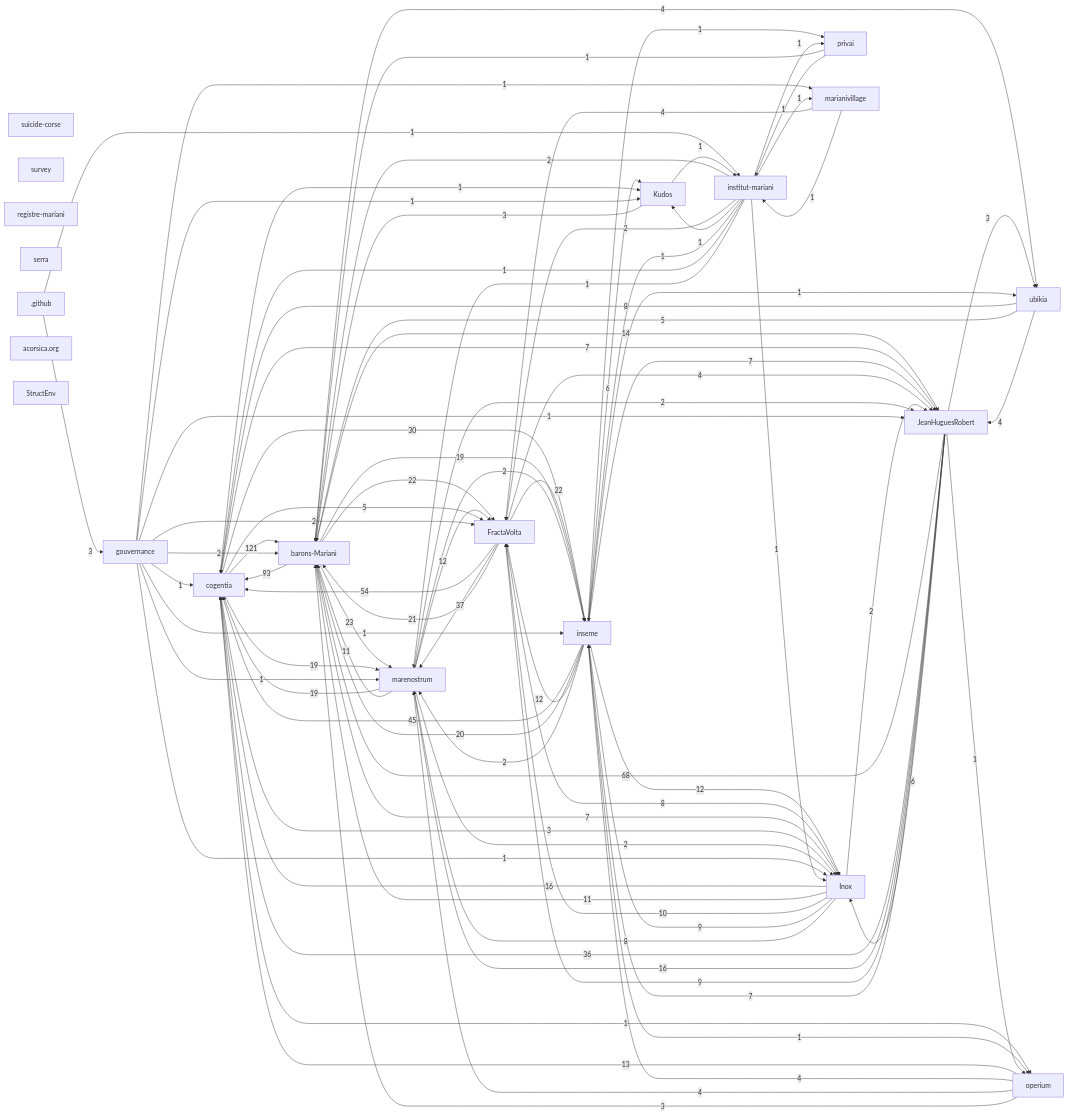
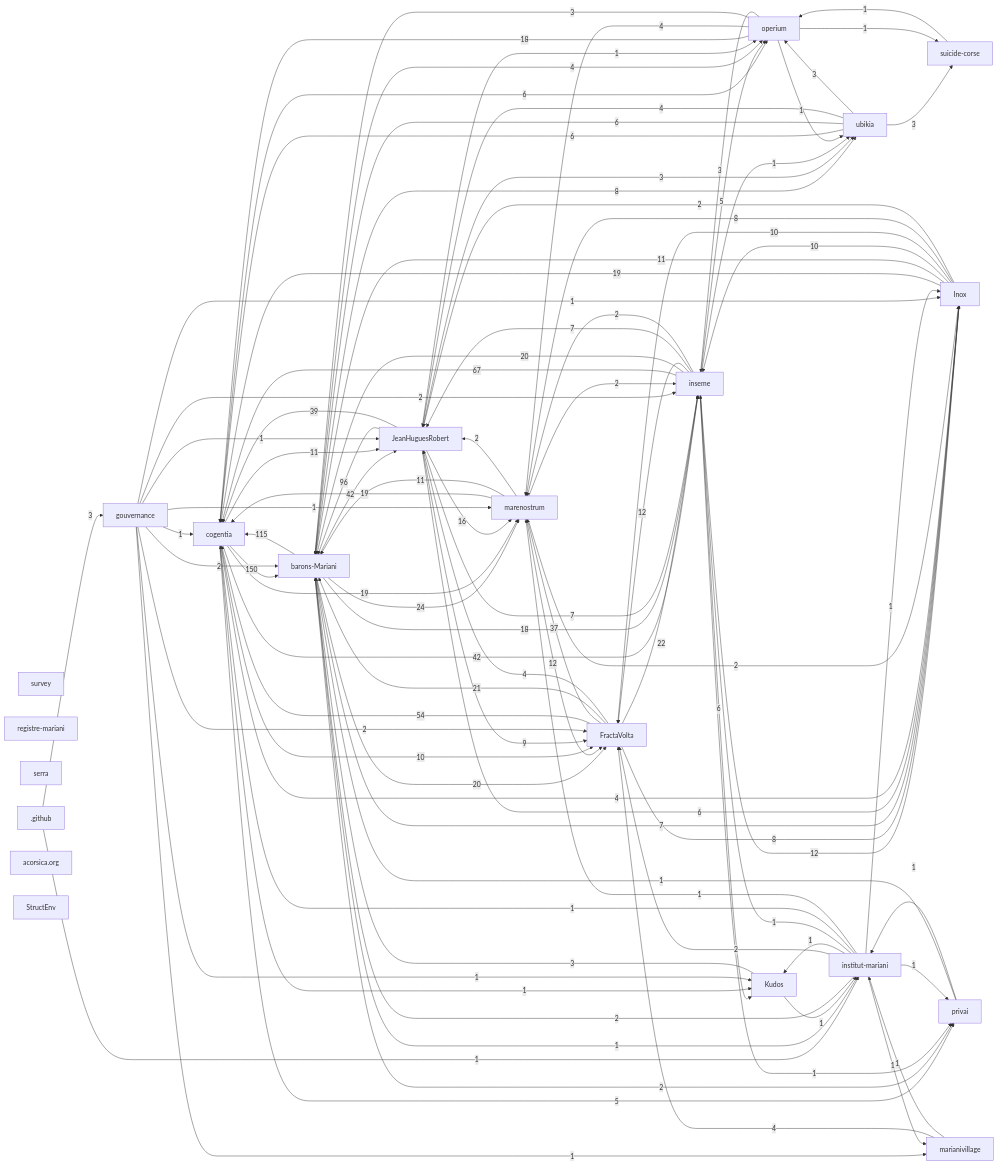
The first of 2 diagrams in research/corpus-status.md (JeanHuguesRobert/marenostrum), drawn with Mermaid before and after one commit. The commit also changed other lines of this file, not shown here.

Commit message:
docs(corpus): refresh status projection

````diff
--- a/research/corpus-status.md
+++ b/research/corpus-status.md
@@ -88,56 +88,64 @@
   r_github[".github"]
   r_acorsica_org["acorsica.org"]
   r_structenv["StructEnv"]
-  r_cogentia -->|121| r_barons_mariani
-  r_barons_mariani -->|93| r_cogentia
-  r_jeanhuguesrobert -->|68| r_barons_mariani
+  r_cogentia -->|150| r_barons_mariani
+  r_barons_mariani -->|115| r_cogentia
+  r_jeanhuguesrobert -->|96| r_barons_mariani
+  r_inseme -->|67| r_cogentia
   r_fractavolta -->|54| r_cogentia
-  r_inseme -->|45| r_cogentia
+  r_barons_mariani -->|42| r_jeanhuguesrobert
+  r_cogentia -->|42| r_inseme
+  r_jeanhuguesrobert -->|39| r_cogentia
   r_fractavolta -->|37| r_marenostrum
-  r_jeanhuguesrobert -->|36| r_cogentia
-  r_cogentia -->|30| r_inseme
-  r_barons_mariani -->|23| r_marenostrum
-  r_barons_mariani -->|22| r_fractavolta
+  r_barons_mariani -->|24| r_marenostrum
   r_fractavolta -->|22| r_inseme
   r_fractavolta -->|21| r_barons_mariani
+  r_barons_mariani -->|20| r_fractavolta
   r_inseme -->|20| r_barons_mariani
-  r_barons_mariani -->|19| r_inseme
   r_cogentia -->|19| r_marenostrum
+  r_inox -->|19| r_cogentia
   r_marenostrum -->|19| r_cogentia
-  r_inox -->|16| r_cogentia
+  r_barons_mariani -->|18| r_inseme
+  r_operium -->|18| r_cogentia
   r_jeanhuguesrobert -->|16| r_marenostrum
-  r_barons_mariani -->|14| r_jeanhuguesrobert
-  r_operium -->|13| r_cogentia
   r_inseme -->|12| r_fractavolta
   r_inseme -->|12| r_inox
   r_marenostrum -->|12| r_fractavolta
+  r_cogentia -->|11| r_jeanhuguesrobert
   r_inox -->|11| r_barons_mariani
   r_marenostrum -->|11| r_barons_mariani
+  r_cogentia -->|10| r_fractavolta
+  r_inox -->|10| r_inseme
   r_inox -->|10| r_fractavolta
-  r_inox -->|9| r_inseme
   r_jeanhuguesrobert -->|9| r_fractavolta
+  r_barons_mariani -->|8| r_ubikia
   r_fractavolta -->|8| r_inox
   r_inox -->|8| r_marenostrum
-  r_ubikia -->|8| r_cogentia
   r_barons_mariani -->|7| r_inox
-  r_cogentia -->|7| r_jeanhuguesrobert
   r_inseme -->|7| r_jeanhuguesrobert
   r_jeanhuguesrobert -->|7| r_inseme
+  r_cogentia -->|6| r_operium
   r_inseme -->|6| r_kudos
   r_jeanhuguesrobert -->|6| r_inox
-  r_cogentia -->|5| r_fractavolta
-  r_ubikia -->|5| r_barons_mariani
-  r_barons_mariani -->|4| r_ubikia
+  r_ubikia -->|6| r_cogentia
+  r_ubikia -->|6| r_barons_mariani
+  r_cogentia -->|5| r_privai
+  r_inseme -->|5| r_operium
+  r_barons_mariani -->|4| r_operium
+  r_cogentia -->|4| r_inox
   r_fractavolta -->|4| r_jeanhuguesrobert
   r_marianivillage -->|4| r_fractavolta
-  r_operium -->|4| r_inseme
   r_operium -->|4| r_marenostrum
   r_ubikia -->|4| r_jeanhuguesrobert
   r_github -->|3| r_gouvernance
-  r_cogentia -->|3| r_inox
   r_jeanhuguesrobert -->|3| r_ubikia
   r_kudos -->|3| r_barons_mariani
   r_operium -->|3| r_barons_mariani
+  r_operium -->|3| r_inseme
+  r_ubikia -->|3| r_suicide_corse
+  r_ubikia -->|3| r_operium
+  r_barons_mariani -->|2| r_privai
+  r_gouvernance -->|2| r_inseme
   r_gouvernance -->|2| r_barons_mariani
   r_gouvernance -->|2| r_fractavolta
   r_inox -->|2| r_jeanhuguesrobert
@@ -148,16 +156,14 @@
   r_marenostrum -->|2| r_inseme
   r_marenostrum -->|2| r_inox
   r_github -->|1| r_institut_mariani
-  r_cogentia -->|1| r_operium
+  r_barons_mariani -->|1| r_institut_mariani
   r_cogentia -->|1| r_kudos
   r_gouvernance -->|1| r_jeanhuguesrobert
   r_gouvernance -->|1| r_cogentia
-  r_gouvernance -->|1| r_inseme
   r_gouvernance -->|1| r_marenostrum
   r_gouvernance -->|1| r_inox
   r_gouvernance -->|1| r_kudos
   r_gouvernance -->|1| r_marianivillage
-  r_inseme -->|1| r_operium
   r_inseme -->|1| r_privai
   r_inseme -->|1| r_ubikia
   r_institut_mariani -->|1| r_privai
@@ -170,6 +176,9 @@
   r_jeanhuguesrobert -->|1| r_operium
   r_kudos -->|1| r_institut_mariani
   r_marianivillage -->|1| r_institut_mariani
+  r_operium -->|1| r_ubikia
+  r_operium -->|1| r_suicide_corse
   r_privai -->|1| r_barons_mariani
   r_privai -->|1| r_institut_mariani
+  r_suicide_corse -->|1| r_operium
 ```
````
